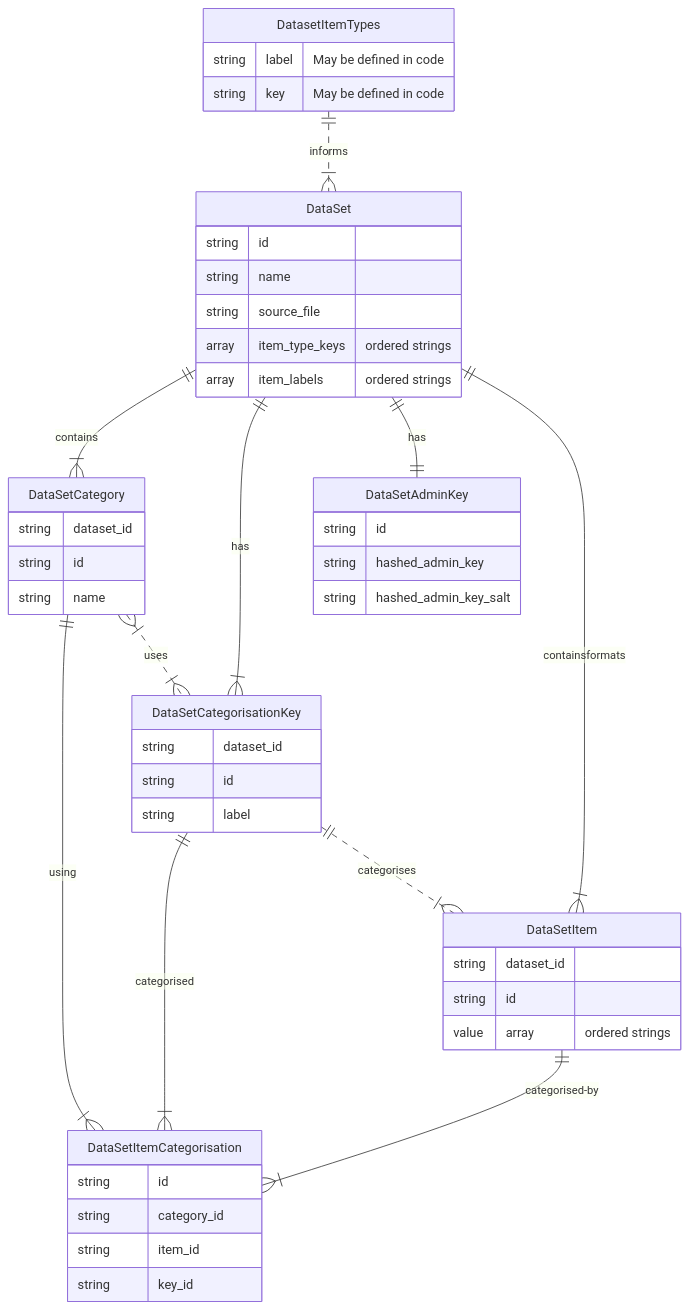
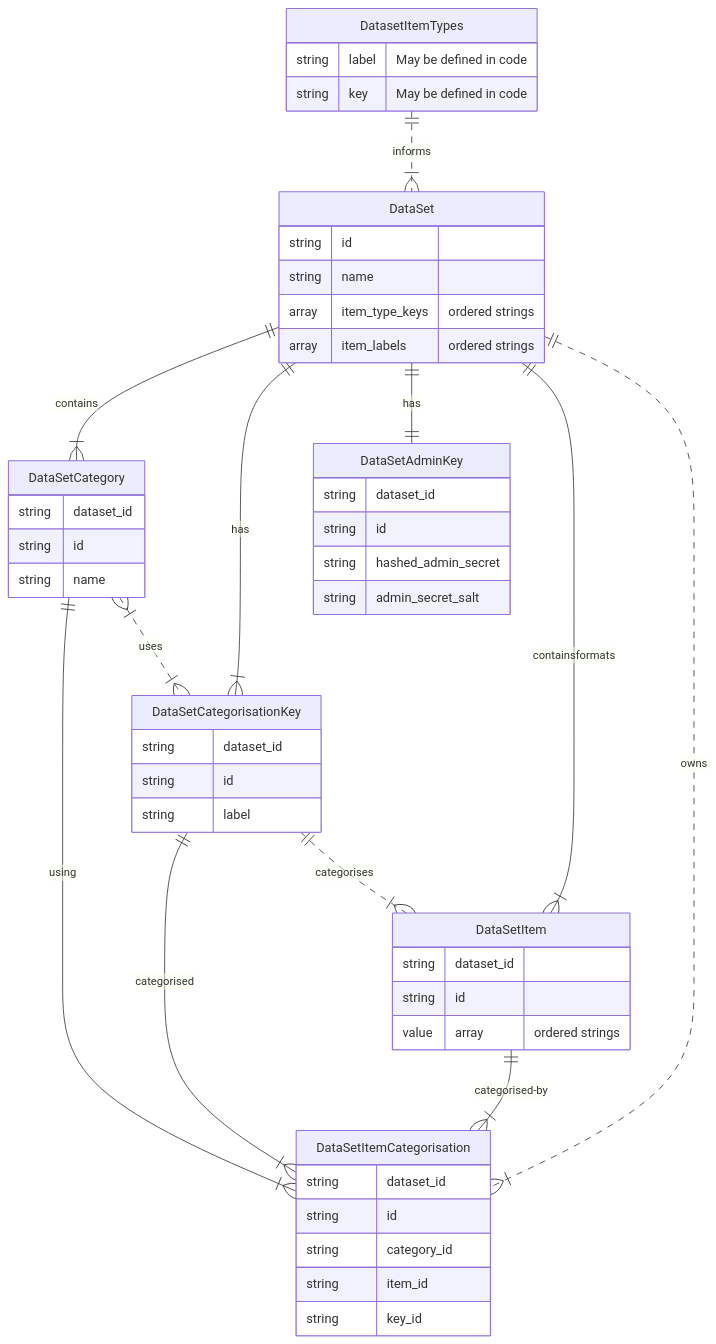
One commit to LeeMartin77/quickcategory changed the diagram in README.md. Above: the diagram before and after it, drawn with Mermaid. The commit also changed 5 other files, not shown here.

````diff
--- a/README.md
+++ b/README.md
@@ -9,50 +9,52 @@
 ```mermaid
 erDiagram
   DatasetItemTypes {
     string label "May be defined in code"
     string key "May be defined in code"
   }
   DataSetAdminKey {
+    string dataset_id
     string id
-    string hashed_admin_key
-    string hashed_admin_key_salt
+    string hashed_admin_secret
+    string admin_secret_salt
   }
   DataSetCategorisationKey {
     string dataset_id
     string id
     string label
   }
   DataSet {
     string id
     string name
-    string source_file
     array item_type_keys "ordered strings"
     array item_labels "ordered strings"
   }
   DataSetCategory {
     string dataset_id
     string id
     string name
   }
   DataSetItemCategorisation {
+    string dataset_id
     string id
     string category_id
     string item_id
     string key_id
   }
   DataSetItem {
     string dataset_id
     string id
     value array "ordered strings"
   }
   DataSet ||--|{ DataSetCategory : contains
   DataSet ||--|{ DataSetCategorisationKey : has
   DataSet ||--|| DataSetAdminKey : has
   DataSet ||--|{ DataSetItem : containsformats
+  DataSet ||..|{ DataSetItemCategorisation : owns
   DataSetItem ||--|{ DataSetItemCategorisation : categorised-by
   DataSetCategory ||--|{ DataSetItemCategorisation : using
   DataSetCategorisationKey ||--|{ DataSetItemCategorisation : categorised
   DatasetItemTypes ||..|{ DataSet : informs
   DataSetCategory }|..|{ DataSetCategorisationKey : uses
   DataSetCategorisationKey ||..|{ DataSetItem : categorises
 ```
````
